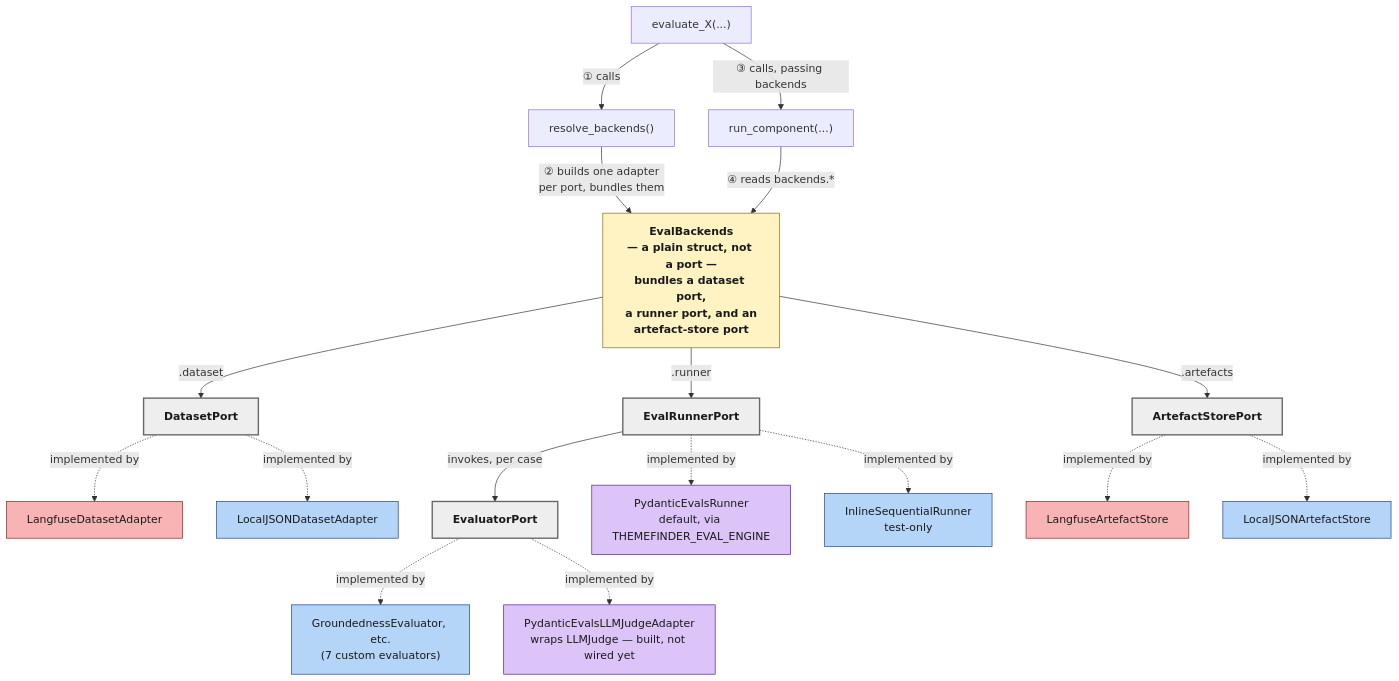
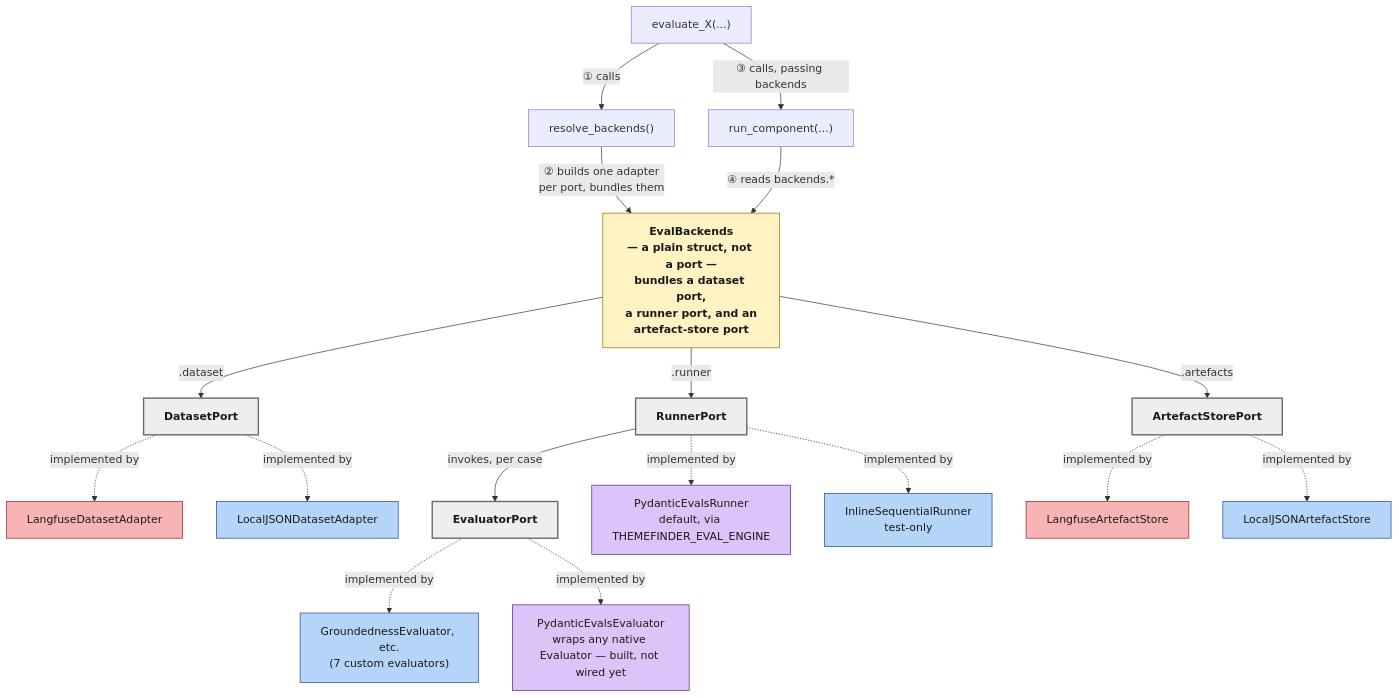
The diagram in docs/architecture/design/modular-evaluation-framework.md (i-dot-ai/consult), drawn with Mermaid before and after one commit. The commit also changed other lines of this file and 21 other files, not shown here.

````diff
--- a/docs/architecture/design/modular-evaluation-framework.md
+++ b/docs/architecture/design/modular-evaluation-framework.md
@@ -95,38 +95,38 @@
 ```mermaid
 flowchart TB
     ES["evaluate_X(...)"] -->|"① calls"| RB["resolve_backends()"]
     RB -->|"② builds one adapter<br/>per port, bundles them"| EB
     ES -->|"③ calls, passing backends"| RS["run_component(...)"]
     RS -->|"④ reads backends.*"| EB
 
     EB["EvalBackends<br/>— a plain struct, not a port —<br/>bundles a dataset port,<br/>a runner port, and an<br/>artefact-store port"]
 
     EB -->|".dataset"| DP["DatasetPort"]
-    EB -->|".runner"| RP["EvalRunnerPort"]
+    EB -->|".runner"| RP["RunnerPort"]
     EB -->|".artefacts"| AP["ArtefactStorePort"]
     RP -->|"invokes, per case"| EP["EvaluatorPort"]
 
     DP -.->|"implemented by"| LDA["LangfuseDatasetAdapter"]
     DP -.->|"implemented by"| LJDA["LocalJSONDatasetAdapter"]
 
     EP -.->|"implemented by"| CEA["GroundednessEvaluator, etc.<br/>(7 custom evaluators)"]
-    EP -.->|"implemented by"| PEA["PydanticEvalsLLMJudgeAdapter<br/>wraps LLMJudge — built, not wired yet"]
+    EP -.->|"implemented by"| PEA["PydanticEvalsEvaluator<br/>wraps any native Evaluator — built, not wired yet"]
 
     RP -.->|"implemented by"| PER["PydanticEvalsRunner<br/>default, via THEMEFINDER_EVAL_ENGINE"]
     RP -.->|"implemented by"| ISR["InlineSequentialRunner<br/>test-only"]
 
     AP -.->|"implemented by"| LAS["LangfuseArtefactStore"]
     AP -.->|"implemented by"| LJAS["LocalJSONArtefactStore"]
 
     classDef langfuse fill:#f8b4b4,stroke:#902020,color:#1a1a1a
     classDef local fill:#b4d4f8,stroke:#204090,color:#1a1a1a
     classDef pyd fill:#ddc4f8,stroke:#502090,color:#1a1a1a
     classDef port fill:#eee,stroke:#666,color:#1a1a1a,font-weight:bold,stroke-width:2px
     classDef backends fill:#fff3c4,stroke:#8a6d00,color:#1a1a1a,font-weight:bold
     class LDA,LAS langfuse
     class LJDA,LJAS,ISR local
     class PER,PEA pyd
     class CEA local
     class DP,EP,RP,AP port
     class EB backends
 ```
````
